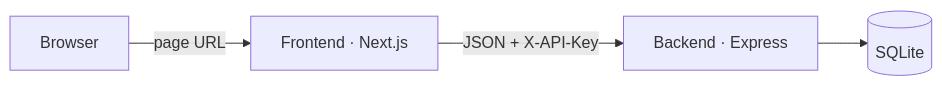
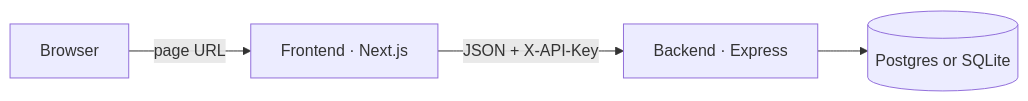
Before and after one commit to abdulsamad245/willow-clinic: the first of 2 diagrams in README.md, drawn with Mermaid. The commit also changed other lines of this file and 30 other files, not shown here.

First line of the commit message:
feat: add postgres store, request logs, and schema migrations

````diff
--- a/README.md
+++ b/README.md
@@ -16,11 +16,11 @@
 ```mermaid
 flowchart LR
   user[Browser]
   web[Frontend · Next.js]
   api[Backend · Express]
-  db[(SQLite)]
+  db[(Postgres or SQLite)]
 
   user -->|page URL| web
   web -->|"JSON + X-API-Key"| api
   api --> db
 ```
````
